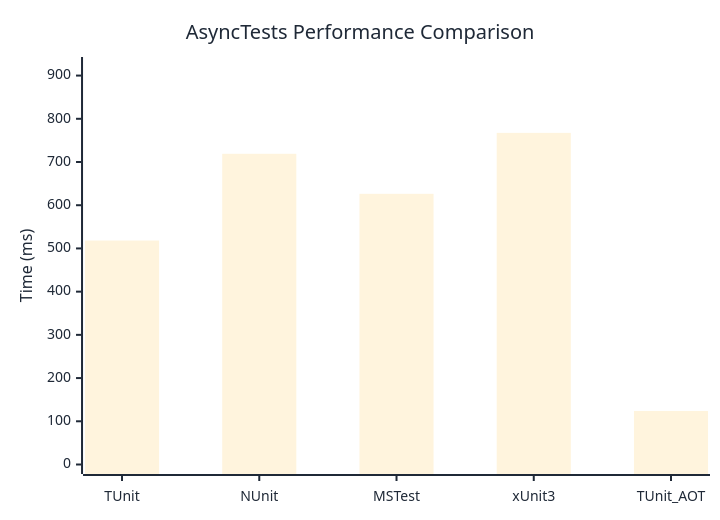
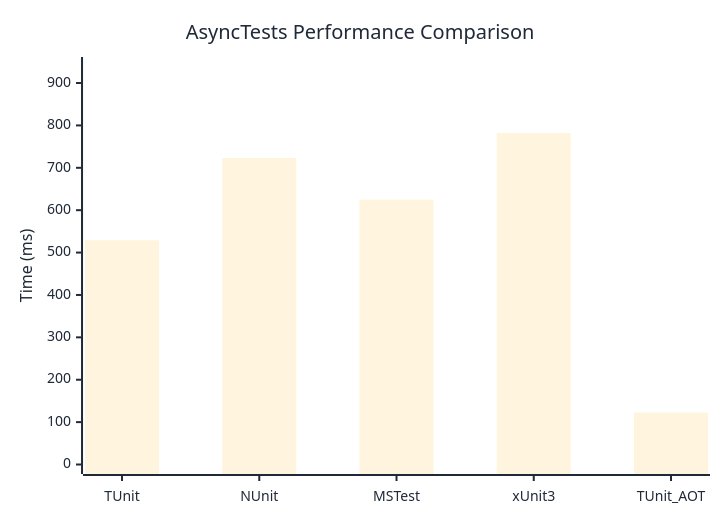
The diagram in docs/docs/benchmarks/AsyncTests.md (thomhurst/TUnit), drawn with Mermaid before and after one commit. The commit also changed other lines of this file and 17 other files, not shown here.

````diff
--- a/docs/docs/benchmarks/AsyncTests.md
+++ b/docs/docs/benchmarks/AsyncTests.md
@@ -27,37 +27,37 @@
 ```mermaid
 %%{init: {
   'theme':'base',
   'themeVariables': {
     'primaryColor': '#2563eb',
     'primaryTextColor': '#1f2937',
     'primaryBorderColor': '#1e40af',
     'lineColor': '#6b7280',
     'secondaryColor': '#7c3aed',
     'tertiaryColor': '#dc2626',
     'background': '#ffffff',
     'mainBkg': '#2563eb',
     'secondBkg': '#7c3aed',
     'tertiaryBkg': '#dc2626',
     'clusterBkg': '#f3f4f6',
     'edgeLabelBackground': '#ffffff',
     'tertiaryTextColor': '#1f2937',
     'pie1': '#2563eb',
     'pie2': '#7c3aed',
     'pie3': '#dc2626',
     'pie4': '#f59e0b',
     'pie5': '#10b981',
     'pie6': '#06b6d4',
     'pie7': '#ec4899',
     'pie8': '#6366f1',
     'pie9': '#84cc16',
     'pie10': '#f97316',
     'pie11': '#14b8a6',
     'pie12': '#a855f7'
   }
 }}%%
 xychart-beta
   title "AsyncTests Performance Comparison"
   x-axis ["TUnit", "NUnit", "MSTest", "xUnit3", "TUnit_AOT"]
-  y-axis "Time (ms)" 0 --> 921
-  bar [518.3, 719, 626.4, 767.4, 123.9]
+  y-axis "Time (ms)" 0 --> 939
+  bar [529.1, 723.3, 625, 781.9, 122.6]
 ```
````
